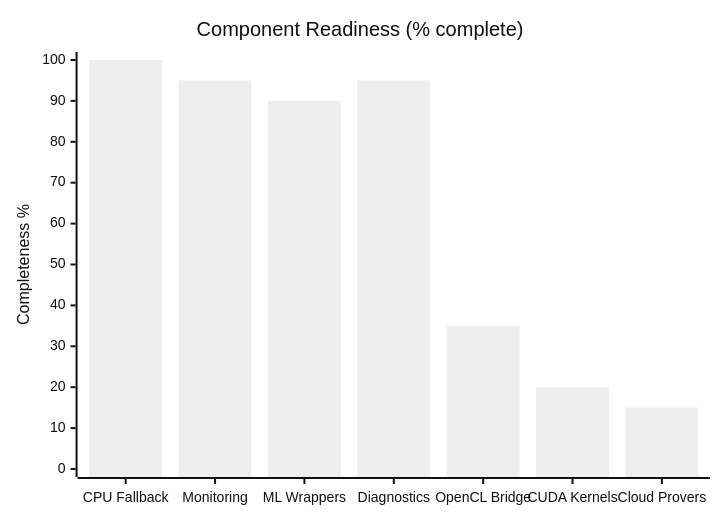
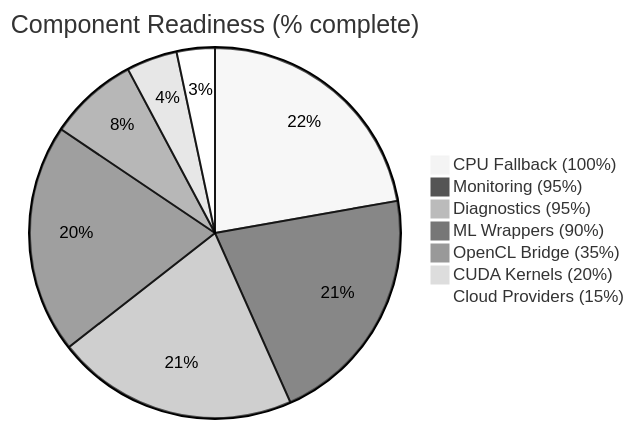
One commit to hkevin01/opennlp-gpu changed the fifth of 5 diagrams in README.md. Above: the diagram before and after it, drawn with Mermaid (neutral theme). The commit also changed other lines of this file, not shown here.

Commit message:
Refactor Mermaid diagrams in README for improved readability and clarity

````diff
--- a/README.md
+++ b/README.md
@@ -648,7 +647,10 @@
 ```mermaid
-xychart-beta
-    title "Component Readiness (% complete)"
-    x-axis ["CPU Fallback", "Monitoring", "ML Wrappers", "Diagnostics", "OpenCL Bridge", "CUDA Kernels", "Cloud Provers"]
-    y-axis "Completeness %" 0 --> 100
-    bar [100, 95, 90, 95, 35, 20, 15]
+pie title Component Readiness (% complete)
+    "CPU Fallback (100%)" : 100
+    "Monitoring (95%)" : 95
+    "Diagnostics (95%)" : 95
+    "ML Wrappers (90%)" : 90
+    "OpenCL Bridge (35%)" : 35
+    "CUDA Kernels (20%)" : 20
+    "Cloud Providers (15%)" : 15
 ```
````
